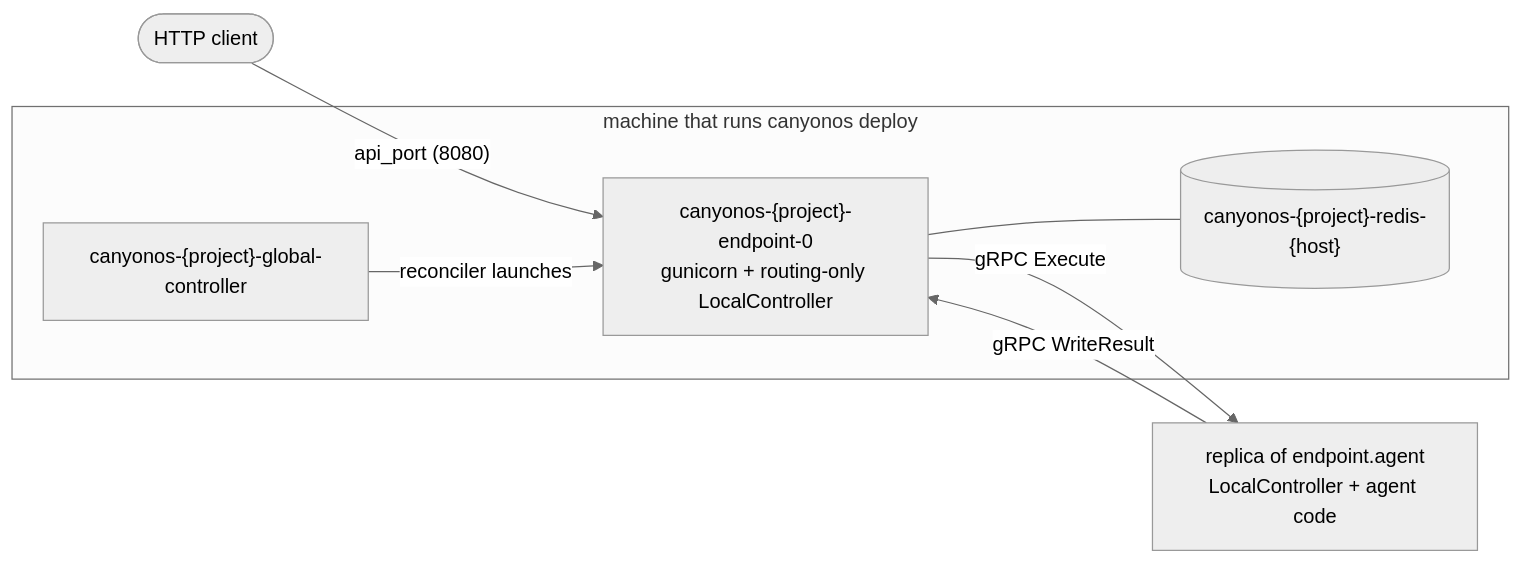
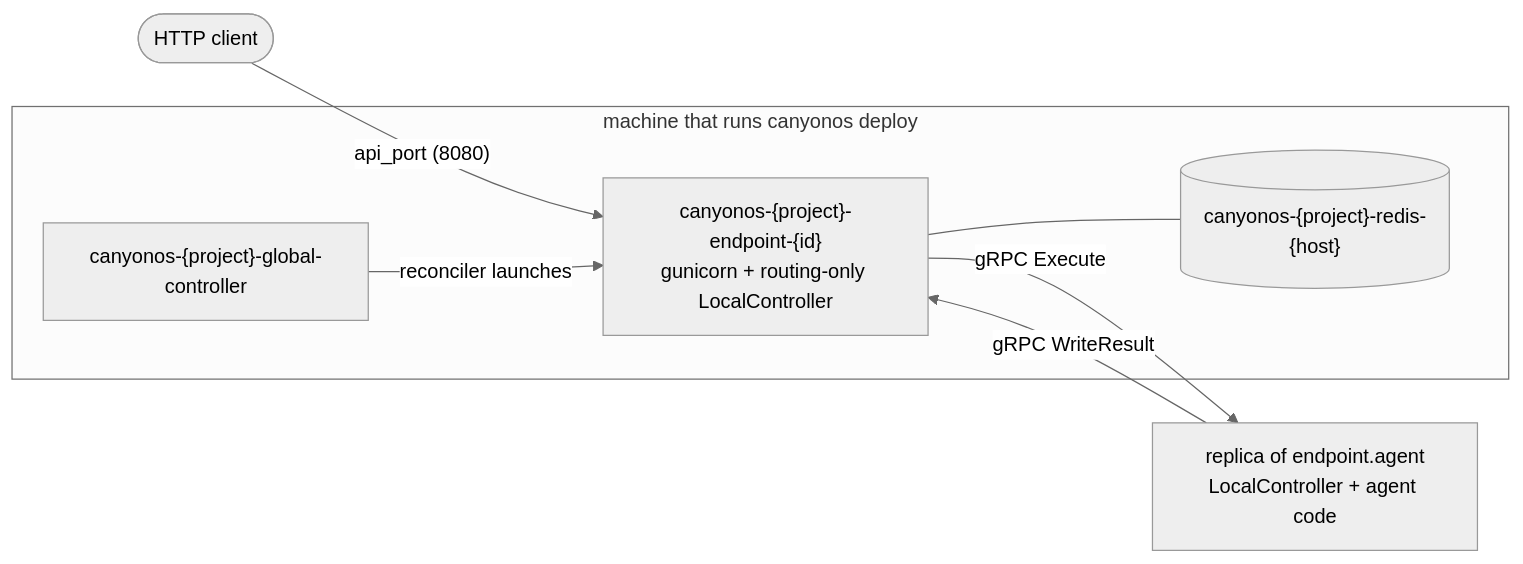
One commit to CanyonCodeCoreAI/canyonos changed the first of 3 diagrams in docs/architecture/ENDPOINT.md. Above: the diagram before and after it, drawn with Mermaid (neutral theme). The commit also changed other lines of this file and 39 other files, not shown here.

````diff
--- a/docs/architecture/ENDPOINT.md
+++ b/docs/architecture/ENDPOINT.md
@@ -14,13 +14,13 @@
 ```mermaid
 flowchart LR
     client([HTTP client]) -->|"api_port (8080)"| ep
     subgraph host["machine that runs canyonos deploy"]
         gc["canyonos-{project}-global-controller"]
-        ep["canyonos-{project}-endpoint-0<br/>gunicorn + routing-only LocalController"]
+        ep["canyonos-{project}-endpoint-{id}<br/>gunicorn + routing-only LocalController"]
         redis[("canyonos-{project}-redis-{host}")]
         gc -->|"reconciler launches"| ep
         ep --- redis
     end
     ep -->|"gRPC Execute"| replica["replica of endpoint.agent<br/>LocalController + agent code"]
     replica -->|"gRPC WriteResult"| ep
 ```
````
